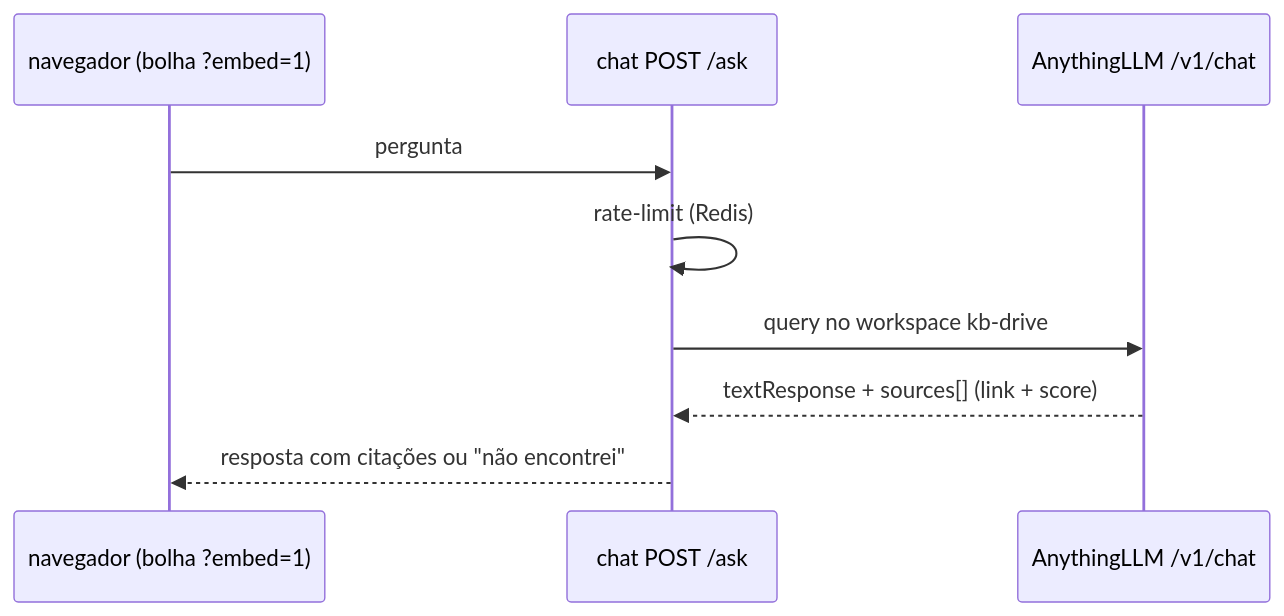
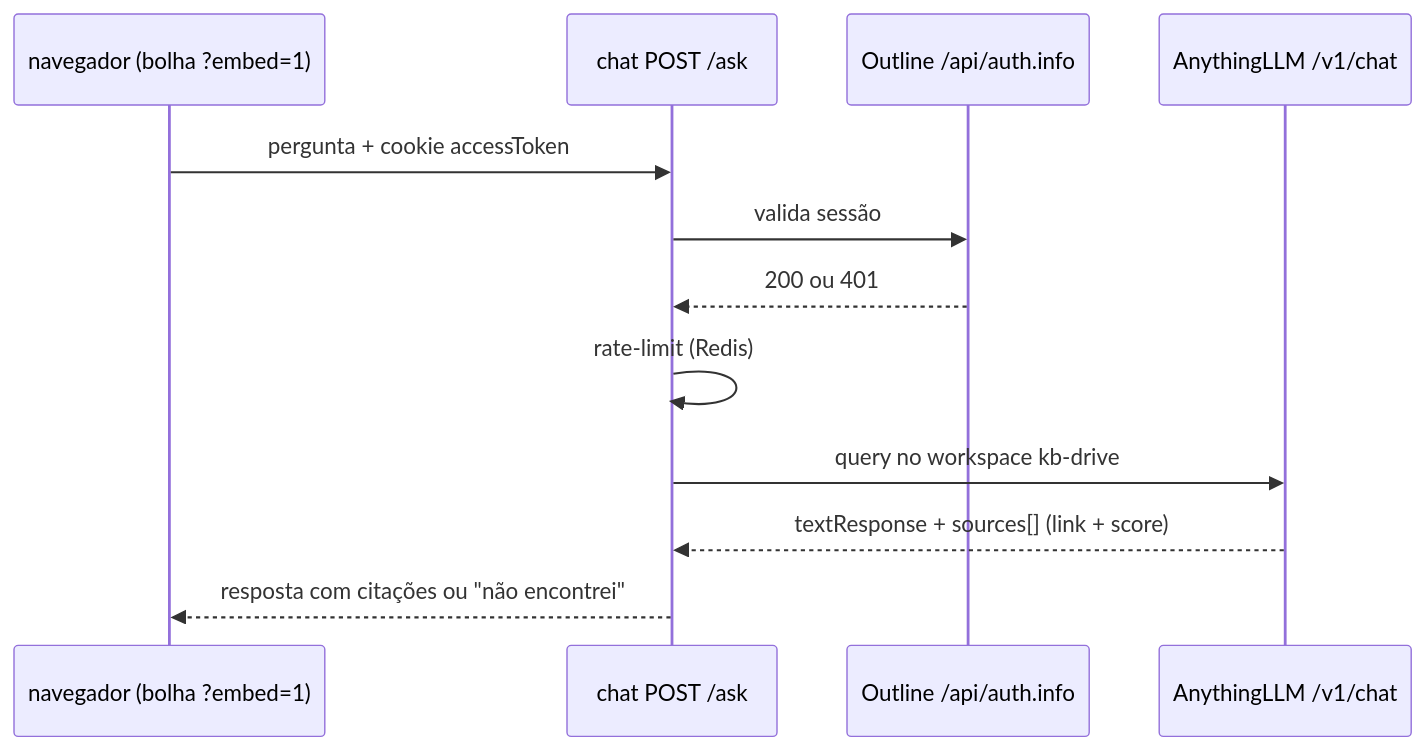
The fourth of 4 diagrams in docs/architecture.md (eajdias/Outline-GDrive-Wiki), drawn with Mermaid before and after one commit. The commit also changed other lines of this file and 24 other files, not shown here.

````diff
--- a/docs/architecture.md
+++ b/docs/architecture.md
@@ -95,11 +98,14 @@
 ```mermaid
 sequenceDiagram
     participant Nav as navegador (bolha ?embed=1)
     participant Chat as chat POST /ask
+    participant Out as Outline /api/auth.info
     participant Rag as AnythingLLM /v1/chat
-    Nav->>Chat: pergunta
+    Nav->>Chat: pergunta + cookie accessToken
+    Chat->>Out: valida sessão
+    Out-->>Chat: 200 ou 401
     Chat->>Chat: rate-limit (Redis)
     Chat->>Rag: query no workspace kb-drive
     Rag-->>Chat: textResponse + sources[] (link + score)
     Chat-->>Nav: resposta com citações ou "não encontrei"
 ```
````
